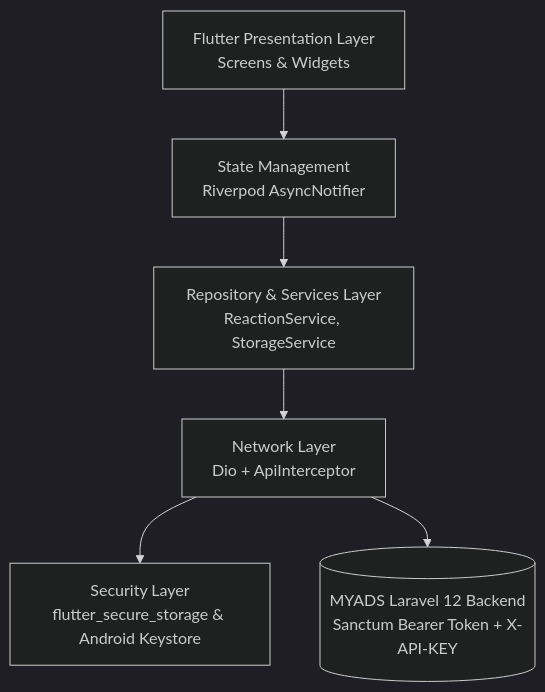
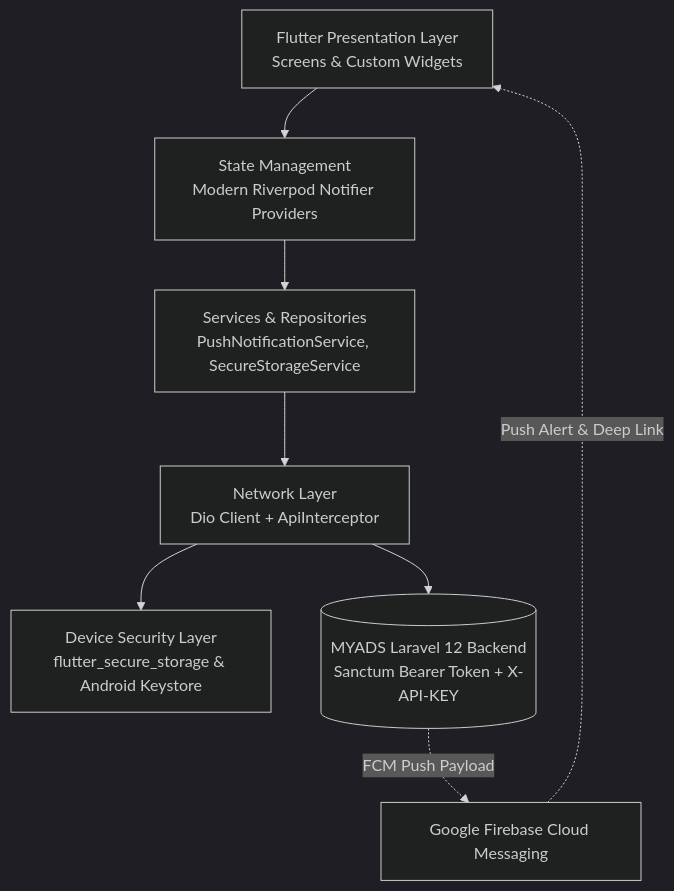
Before and after one commit to mrghozzi/myads_app: the diagram in docs/wiki/Home.md, drawn with Mermaid (dark theme). The commit also changed other lines of this file and 8 other files, not shown here.

Commit message:
docs(wiki): update documentation to v1.8.9+31 with tier-1 notification architecture, FCM v1, and modern Riverpod state

````diff
--- a/docs/wiki/Home.md
+++ b/docs/wiki/Home.md
@@ -83,8 +83,10 @@
 ```mermaid
 graph TD
-    UI[Flutter Presentation Layer<br>Screens & Widgets] --> Riverpod[State Management<br>Riverpod AsyncNotifier]
-    Riverpod --> Repos[Repository & Services Layer<br>ReactionService, StorageService]
-    Repos --> Net[Network Layer<br>Dio + ApiInterceptor]
-    Net --> AuthSec[Security Layer<br>flutter_secure_storage & Android Keystore]
+    UI[Flutter Presentation Layer<br>Screens & Custom Widgets] --> Riverpod[State Management<br>Modern Riverpod Notifier Providers]
+    Riverpod --> Repos[Services & Repositories<br>PushNotificationService, SecureStorageService]
+    Repos --> Net[Network Layer<br>Dio Client + ApiInterceptor]
+    Net --> AuthSec[Device Security Layer<br>flutter_secure_storage & Android Keystore]
     Net --> Backend[(MYADS Laravel 12 Backend<br>Sanctum Bearer Token + X-API-KEY)]
+    Backend -.->|FCM Push Payload| GoogleFCM[Google Firebase Cloud Messaging]
+    GoogleFCM -.->|Push Alert & Deep Link| UI
 ```
````
